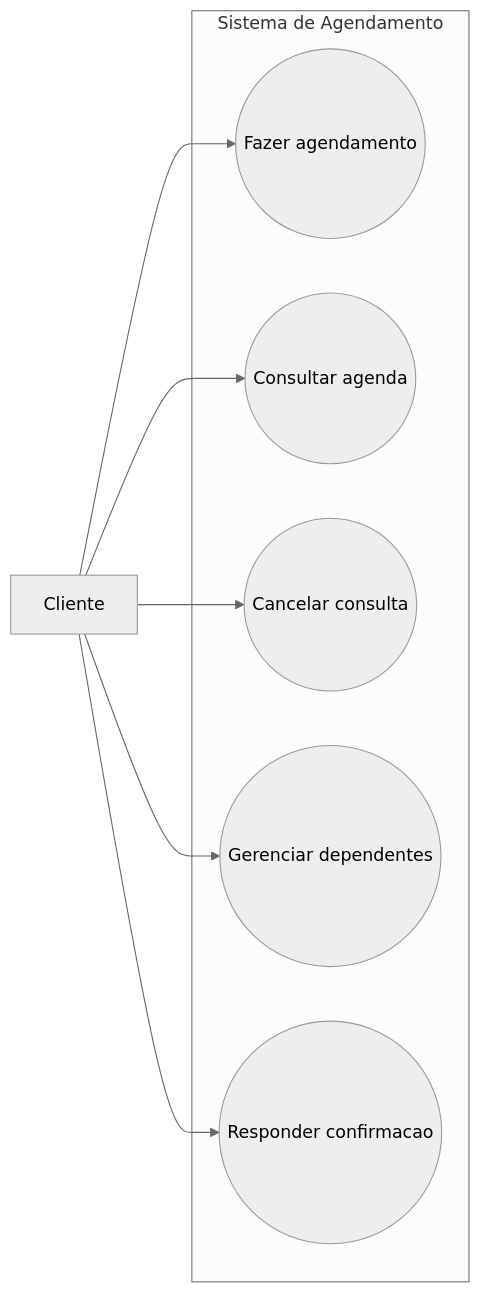
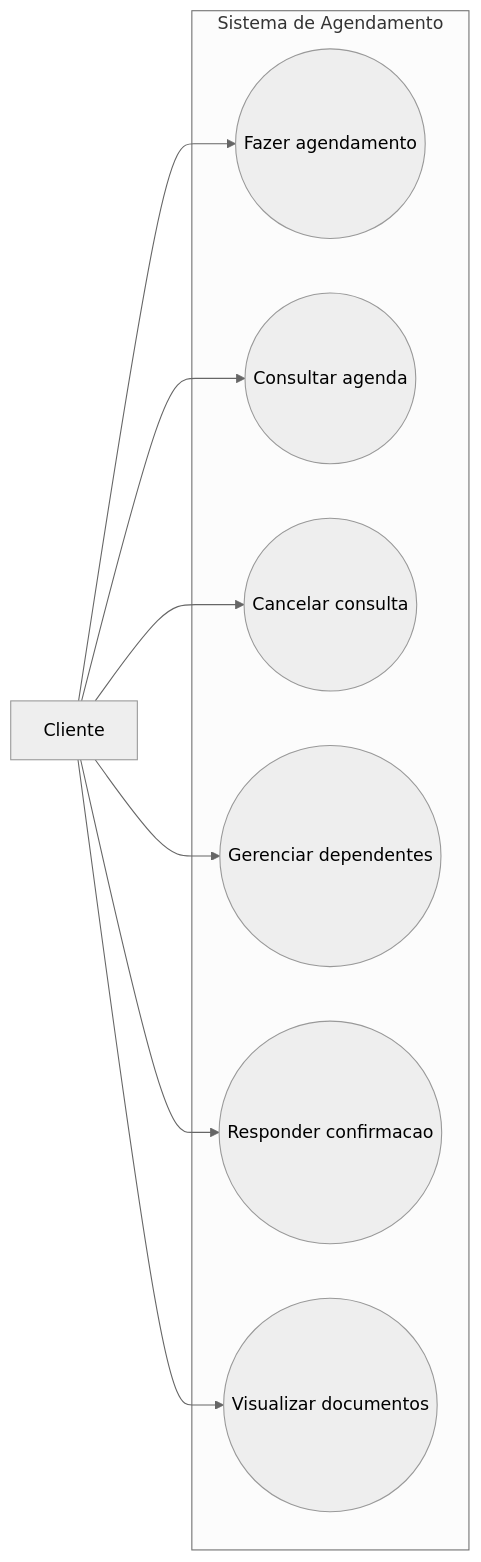
One commit to InsaneCaio/eng-soft-2026-1 changed the diagram in docs/casos de uso/cliente.md. Above: the diagram before and after it, drawn with Mermaid (neutral theme). The commit also changed other lines of this file, not shown here.

````diff
--- a/docs/casos de uso/cliente.md
+++ b/docs/casos de uso/cliente.md
@@ -13,19 +14,21 @@
 ```mermaid
 flowchart LR
     P[Cliente]
 
     subgraph Sistema de Agendamento
         UC1((Fazer agendamento))
         UC2((Consultar agenda))
         UC3((Cancelar consulta))
         UC4((Gerenciar dependentes))
         UC5((Responder confirmacao))
+        UC6((Visualizar documentos))
     end
 
     P --> UC1
     P --> UC2
     P --> UC3
     P --> UC4
     P --> UC5
+    P --> UC6
 
 ```
````
